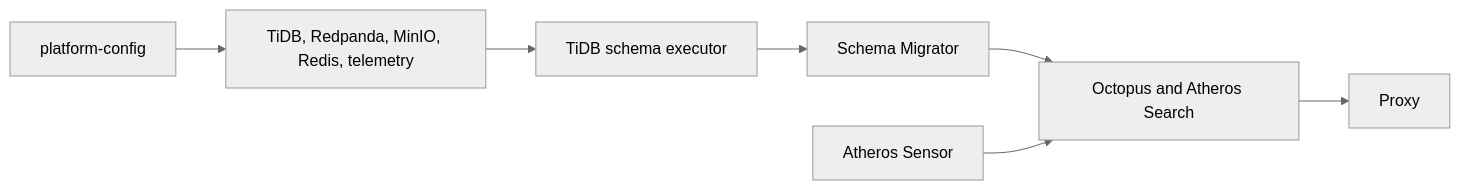
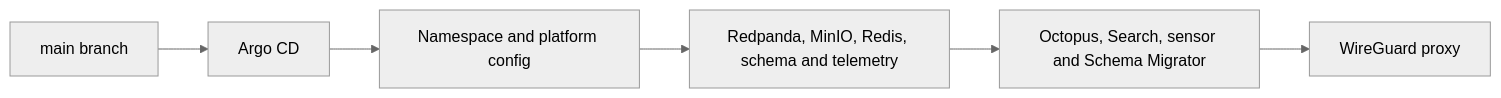
The third of 3 diagrams in docs/architecture.md (zlovtnik/ssl-proxy), drawn with Mermaid (neutral theme) before and after one commit. The commit also changed other lines of this file and 26 other files, not shown here.

````diff
--- a/docs/architecture.md
+++ b/docs/architecture.md
@@ -192,9 +135,8 @@
 ```mermaid
 flowchart LR
-    bootstrap[platform-config] --> infra[TiDB, Redpanda, MinIO, Redis, telemetry]
-    infra --> executor[TiDB schema executor]
-    executor --> migrator[Schema Migrator]
-    migrator --> apps[Octopus and Atheros Search]
-    apps --> proxy[Proxy]
-    sensor[Atheros Sensor] --> apps
+    git[main branch] --> argo[Argo CD]
+    argo --> bootstrap[Namespace and platform config]
+    bootstrap --> data[Redpanda, MinIO, Redis, schema and telemetry]
+    data --> apps[Octopus, Search, sensor and Schema Migrator]
+    apps --> proxy[WireGuard proxy]
 ```
````
